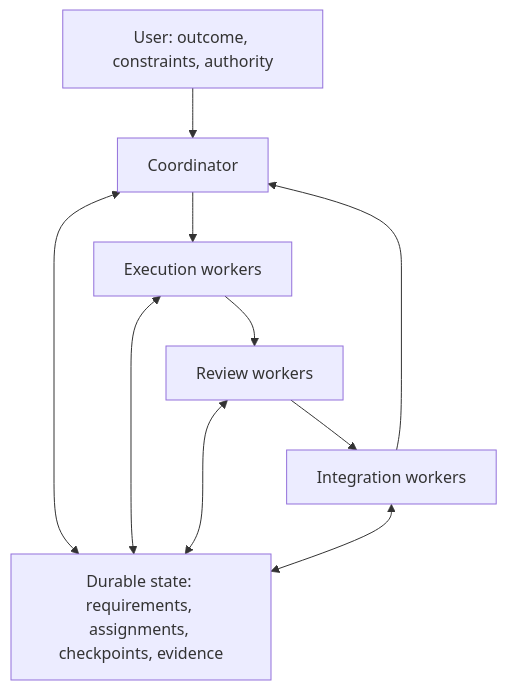
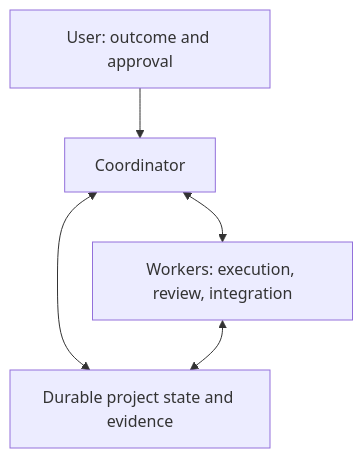
The diagram in docs/README.md (taomar/foldspace-orchestrator), drawn with Mermaid before and after one commit. The commit also changed other lines of this file and 1 other file, not shown here.

````diff
--- a/docs/README.md
+++ b/docs/README.md
@@ -77,12 +55,7 @@
 ```mermaid
 flowchart TD
-    U["User: outcome, constraints, authority"] --> C["Coordinator"]
-    C --> E["Execution workers"]
-    E --> R["Review workers"]
-    R --> I["Integration workers"]
-    I --> C
-    C <--> S["Durable state: requirements, assignments, checkpoints, evidence"]
-    E <--> S
-    R <--> S
-    I <--> S
+    U["User: outcome and approval"] --> C["Coordinator"]
+    C <--> W["Workers: execution, review, integration"]
+    C <--> S["Durable project state and evidence"]
+    W <--> S
 ```
````
